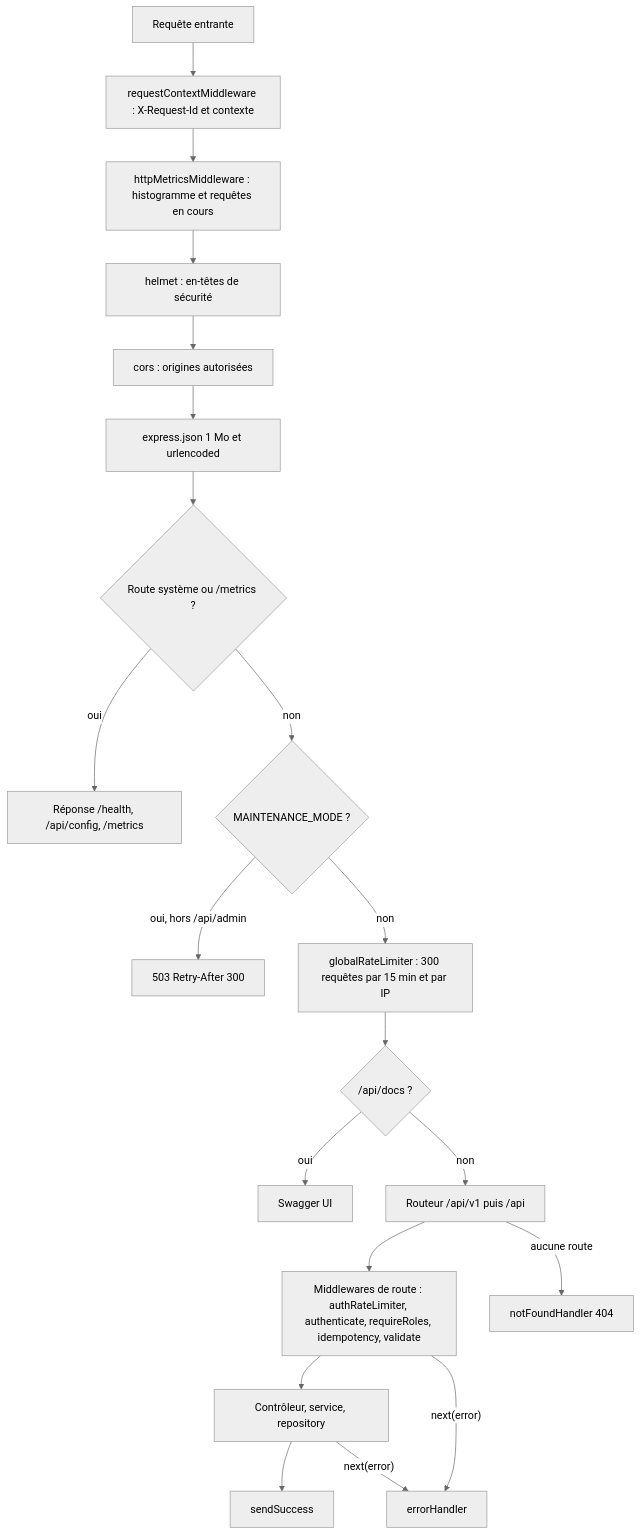
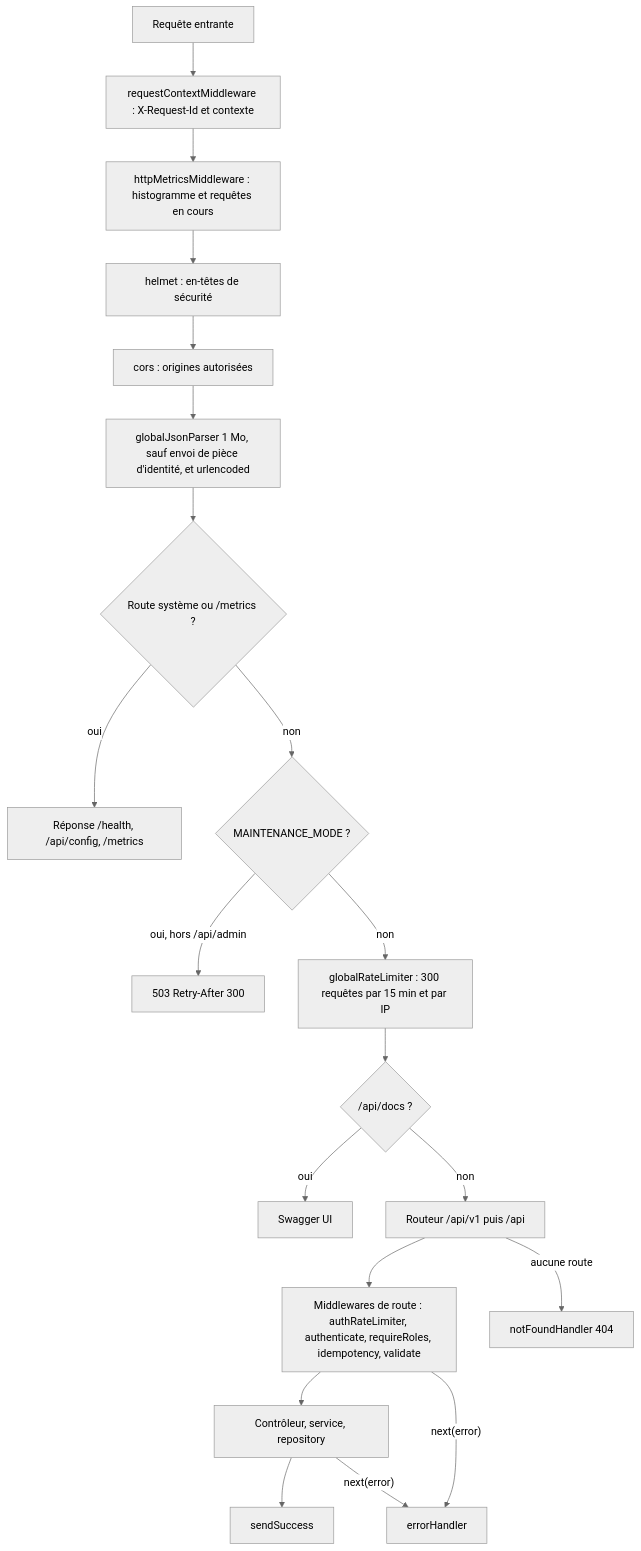
The first of 2 diagrams in documentation-officielle/content/backend/structure.md (MarceauTDML/BlockLucky), drawn with Mermaid (neutral theme) before and after one commit. The commit also changed other lines of this file and 84 other files, not shown here.

````diff
--- a/documentation-officielle/content/backend/structure.md
+++ b/documentation-officielle/content/backend/structure.md
@@ -45,22 +45,22 @@
 ```mermaid
 flowchart TD
     A["Requête entrante"] --> B["requestContextMiddleware : X-Request-Id et contexte"]
     B --> C["httpMetricsMiddleware : histogramme et requêtes en cours"]
     C --> D["helmet : en-têtes de sécurité"]
     D --> E["cors : origines autorisées"]
-    E --> F["express.json 1 Mo et urlencoded"]
+    E --> F["globalJsonParser 1 Mo, sauf envoi de pièce d'identité, et urlencoded"]
     F --> G{"Route système ou /metrics ?"}
     G -- oui --> G1["Réponse /health, /api/config, /metrics"]
     G -- non --> H{"MAINTENANCE_MODE ?"}
     H -- "oui, hors /api/admin" --> H1["503 Retry-After 300"]
     H -- non --> I["globalRateLimiter : 300 requêtes par 15 min et par IP"]
     I --> J{"/api/docs ?"}
     J -- oui --> J1["Swagger UI"]
     J -- non --> K["Routeur /api/v1 puis /api"]
     K --> L["Middlewares de route : authRateLimiter, authenticate, requireRoles, idempotency, validate"]
     L --> M["Contrôleur, service, repository"]
     M --> N["sendSuccess"]
     K -- "aucune route" --> O["notFoundHandler 404"]
     L -- "next(error)" --> P["errorHandler"]
     M -- "next(error)" --> P
 ```
````
